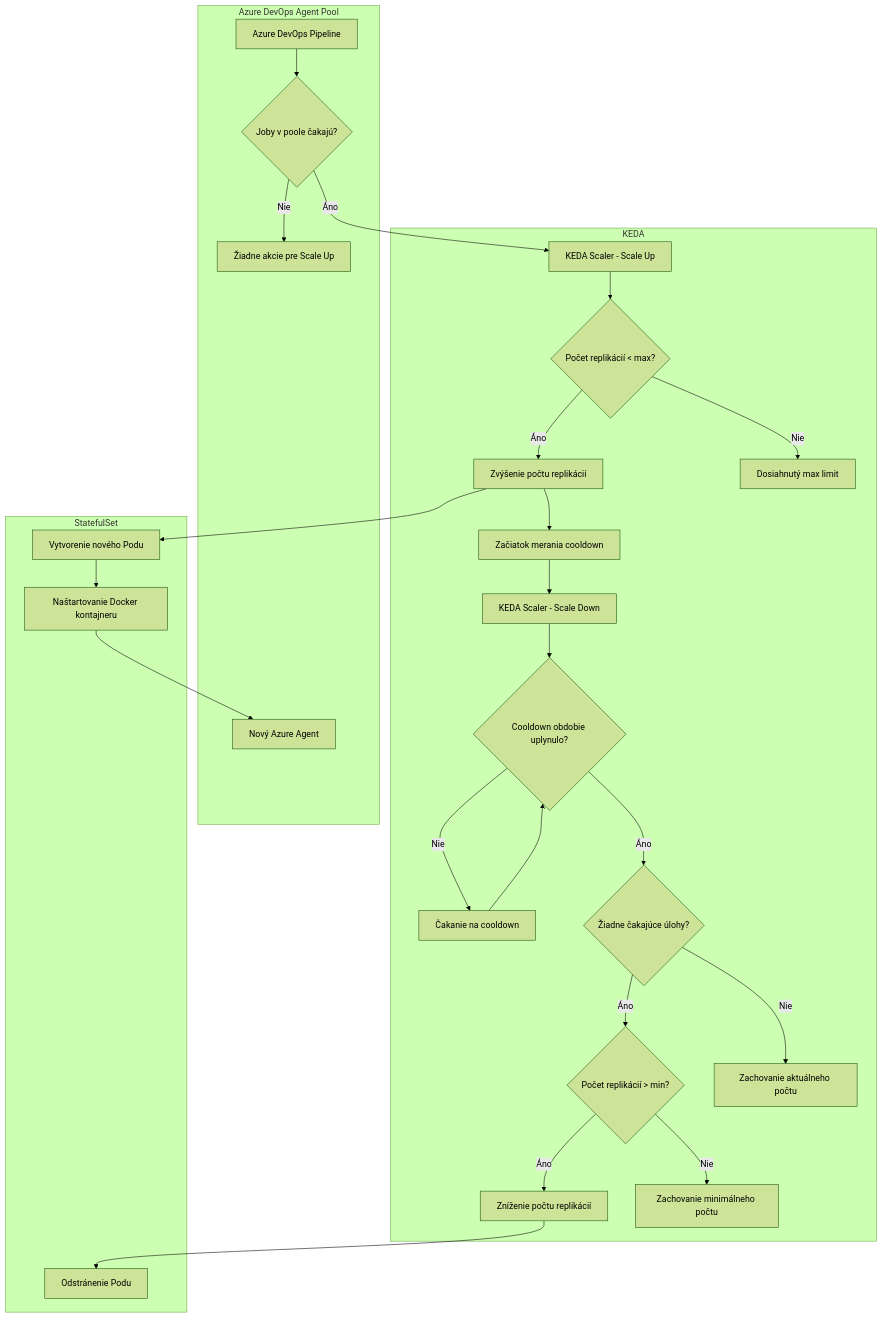
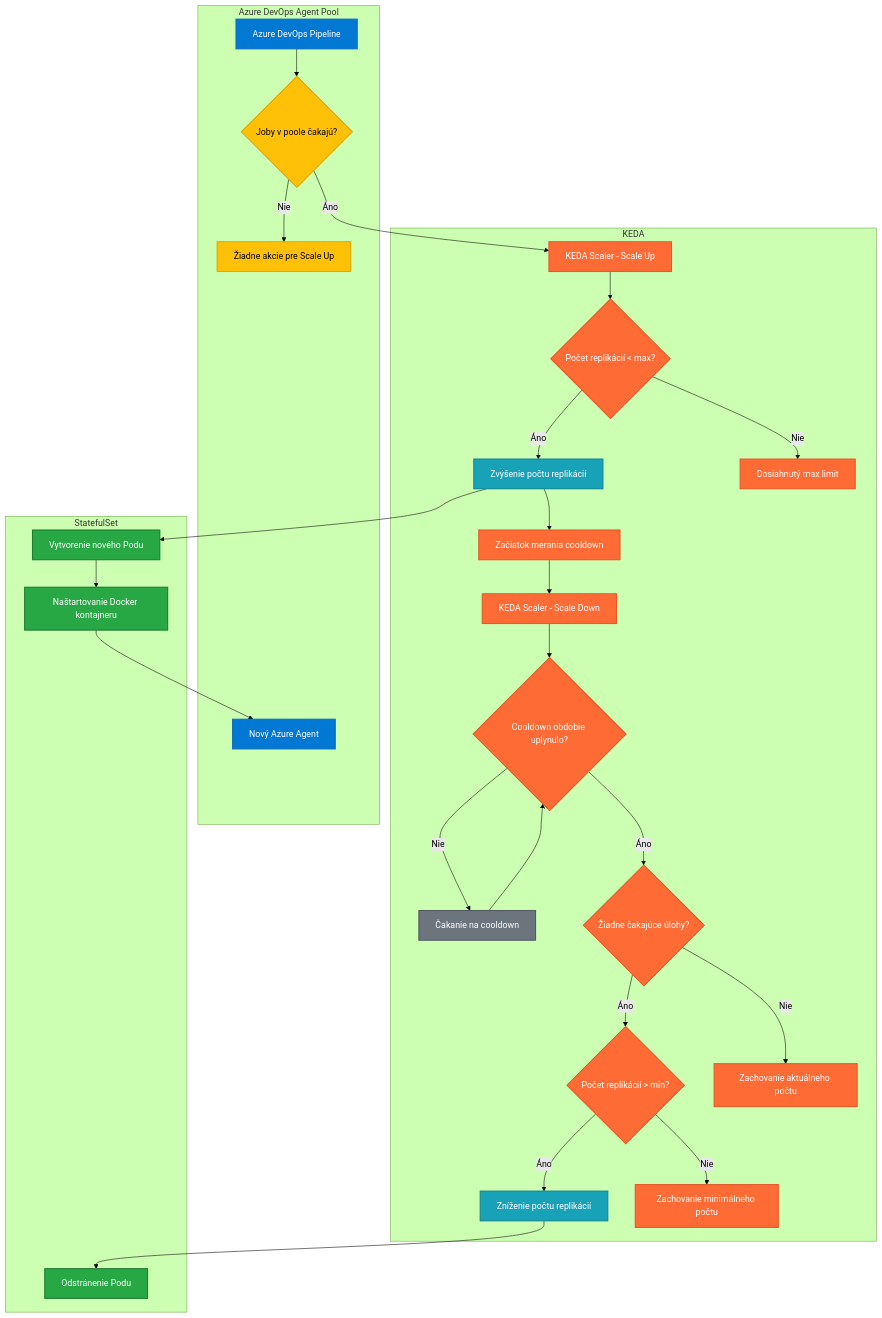
Before and after one commit to motycak/kros-sk.github.io: the second of 2 diagrams in linuxmachine/user-documentation.md, drawn with Mermaid (forest theme).

````diff
--- a/linuxmachine/user-documentation.md
+++ b/linuxmachine/user-documentation.md
@@ -108,56 +108,70 @@
 ```mermaid
 flowchart TD
     A[Azure DevOps Pipeline] --> B{Joby v poole čakajú?}
     B -->|Áno| C[KEDA Scaler - Scale Up]
     B -->|Nie| D[Žiadne akcie pre Scale Up]
     
     C --> F{Počet replikácií < max?}
     F -->|Áno| G[Zvýšenie počtu replikácií]
     F -->|Nie| H[Dosiahnutý max limit]
     
     G --> J[Vytvorenie nového Podu]
     J --> K[Naštartovanie Docker kontajneru]
     K --> L[Nový Azure Agent]
     G --> M[Začiatok merania cooldown]
     
     M --> P[KEDA Scaler - Scale Down]
     P --> Q{Cooldown obdobie uplynulo?}
     Q -->|Nie| R[Čakanie na cooldown]
     R --> Q
     Q -->|Áno| S{Žiadne čakajúce úlohy?}
     S -->|Áno| T{Počet replikácií > min?}
     T -->|Áno| U[Zníženie počtu replikácií]
     T -->|Nie| V[Zachovanie minimálneho počtu]
     S -->|Nie| W[Zachovanie aktuálneho počtu]
     
     U --> X[Odstránenie Podu]
     
     subgraph "KEDA"
         C
         F
         G
         H
         M
         P
         Q
         R
         S
         T
         U
         V
         W
     end
     
     subgraph "Azure DevOps Agent Pool"
         A
         B
         D
         L
     end
     
     subgraph "StatefulSet"
         J
         K
         X
     end
+    
+    classDef azureDevOps fill:#0078d4,stroke:#106ebe,stroke-width:2px,color:#ffffff
+    classDef keda fill:#ff6b35,stroke:#e55a2b,stroke-width:2px,color:#ffffff
+    classDef statefulSet fill:#28a745,stroke:#1e7e34,stroke-width:2px,color:#ffffff
+    classDef decision fill:#ffc107,stroke:#e0a800,stroke-width:2px,color:#000000
+    classDef action fill:#17a2b8,stroke:#138496,stroke-width:2px,color:#ffffff
+    classDef wait fill:#6c757d,stroke:#545b62,stroke-width:2px,color:#ffffff
+    
+    class A,L azureDevOps
+    class C,F,G,H,M,P,Q,R,S,T,U,V,W keda
+    class J,K,X statefulSet
+    class B,D decision
+    class G,U action
+    class R wait
 ```
````
